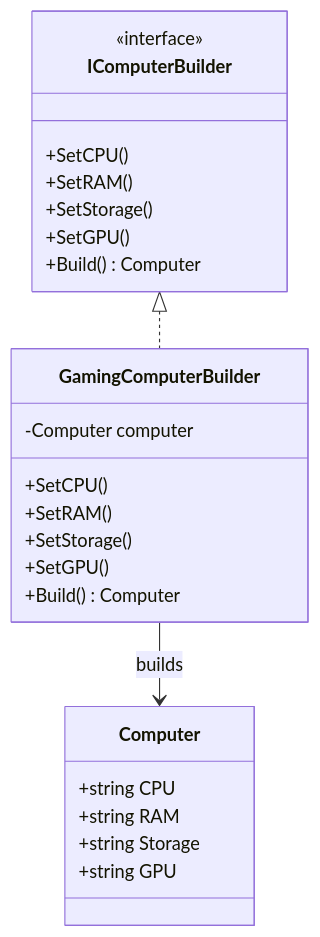
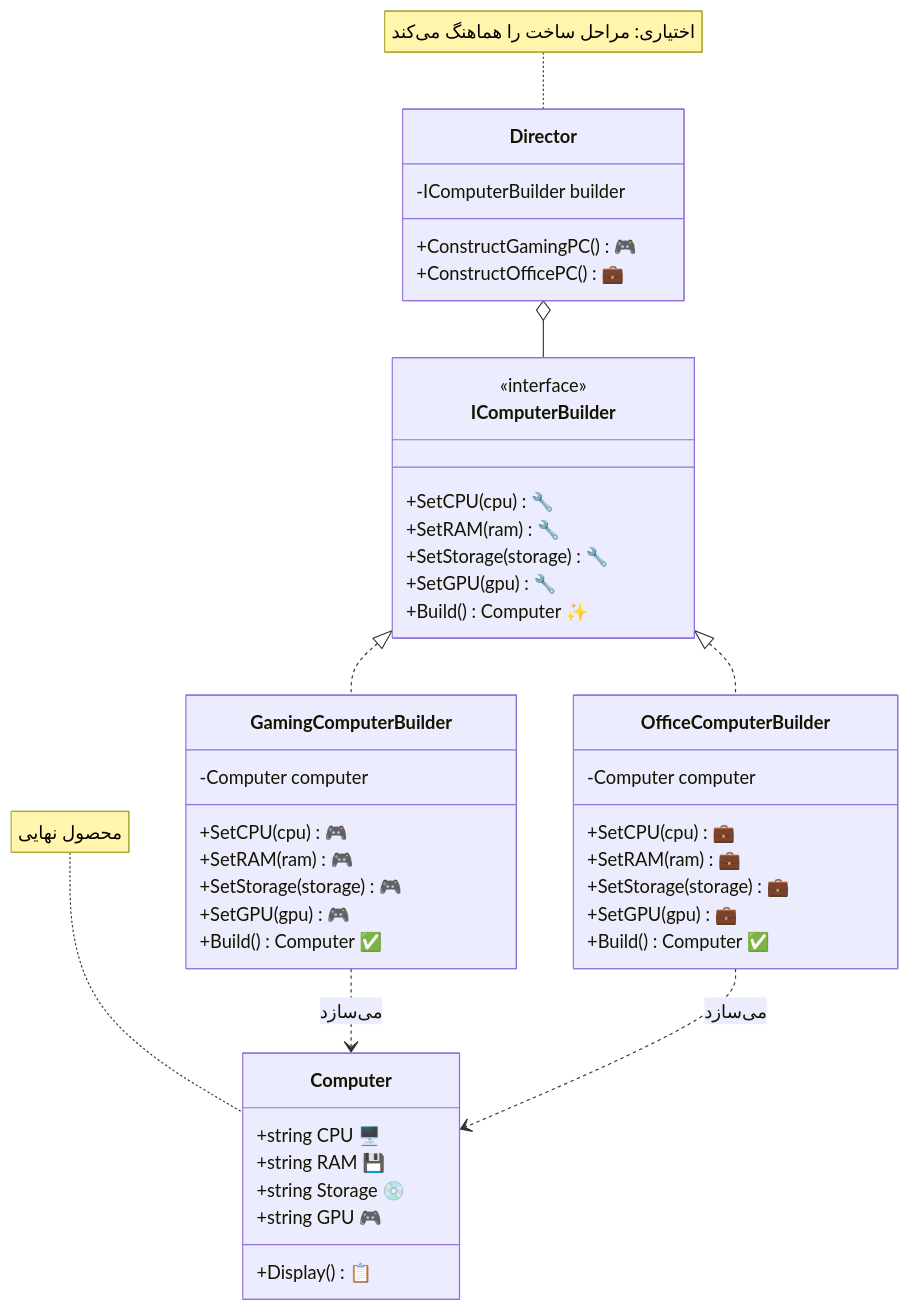
Before and after one commit to alireza-haeri/Persian-Design-Patterns: the diagram in Builder/README.md, drawn with Mermaid. The commit also changed other lines of this file and 2 other files, not shown here.

Commit message:
Improve content for Singleton, Builder, and Mediator patterns

````diff
--- a/Builder/README.md
+++ b/Builder/README.md
@@ -13,30 +67,52 @@
 ```mermaid
 classDiagram
     class Computer {
-        +string CPU
-        +string RAM
-        +string Storage
-        +string GPU
+        +string CPU 🖥️
+        +string RAM 💾
+        +string Storage 💿
+        +string GPU 🎮
+        +Display() 📋
     }
     
     class IComputerBuilder {
         <<interface>>
-        +SetCPU()
-        +SetRAM()
-        +SetStorage()
-        +SetGPU()
-        +Build() Computer
+        +SetCPU(cpu) 🔧
+        +SetRAM(ram) 🔧
+        +SetStorage(storage) 🔧
+        +SetGPU(gpu) 🔧
+        +Build() Computer ✨
     }
     
     class GamingComputerBuilder {
         -Computer computer
-        +SetCPU()
-        +SetRAM()
-        +SetStorage()
-        +SetGPU()
-        +Build() Computer
+        +SetCPU(cpu) 🎮
+        +SetRAM(ram) 🎮
+        +SetStorage(storage) 🎮
+        +SetGPU(gpu) 🎮
+        +Build() Computer ✅
+    }
+    
+    class OfficeComputerBuilder {
+        -Computer computer
+        +SetCPU(cpu) 💼
+        +SetRAM(ram) 💼
+        +SetStorage(storage) 💼
+        +SetGPU(gpu) 💼
+        +Build() Computer ✅
+    }
+    
+    class Director {
+        -IComputerBuilder builder
+        +ConstructGamingPC() 🎮
+        +ConstructOfficePC() 💼
     }
     
     IComputerBuilder <|.. GamingComputerBuilder
-    GamingComputerBuilder --> Computer : builds
+    IComputerBuilder <|.. OfficeComputerBuilder
+    Director o-- IComputerBuilder
+    GamingComputerBuilder ..> Computer : می‌سازد
+    OfficeComputerBuilder ..> Computer : می‌سازد
+    
+    note for Computer "محصول نهایی"
+    note for Director "اختیاری: مراحل ساخت را هماهنگ می‌کند"
 ```
````
